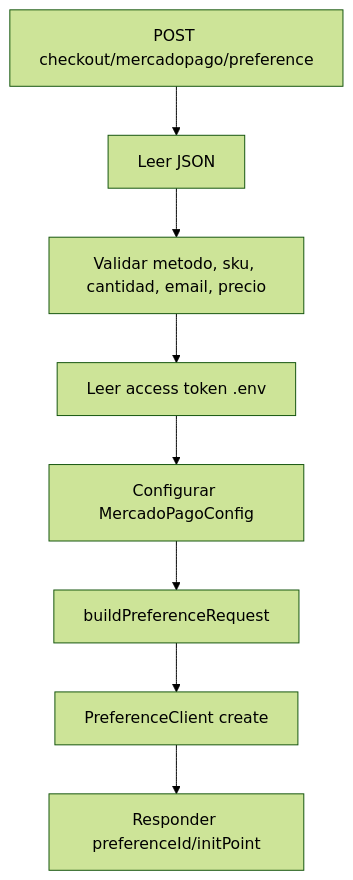
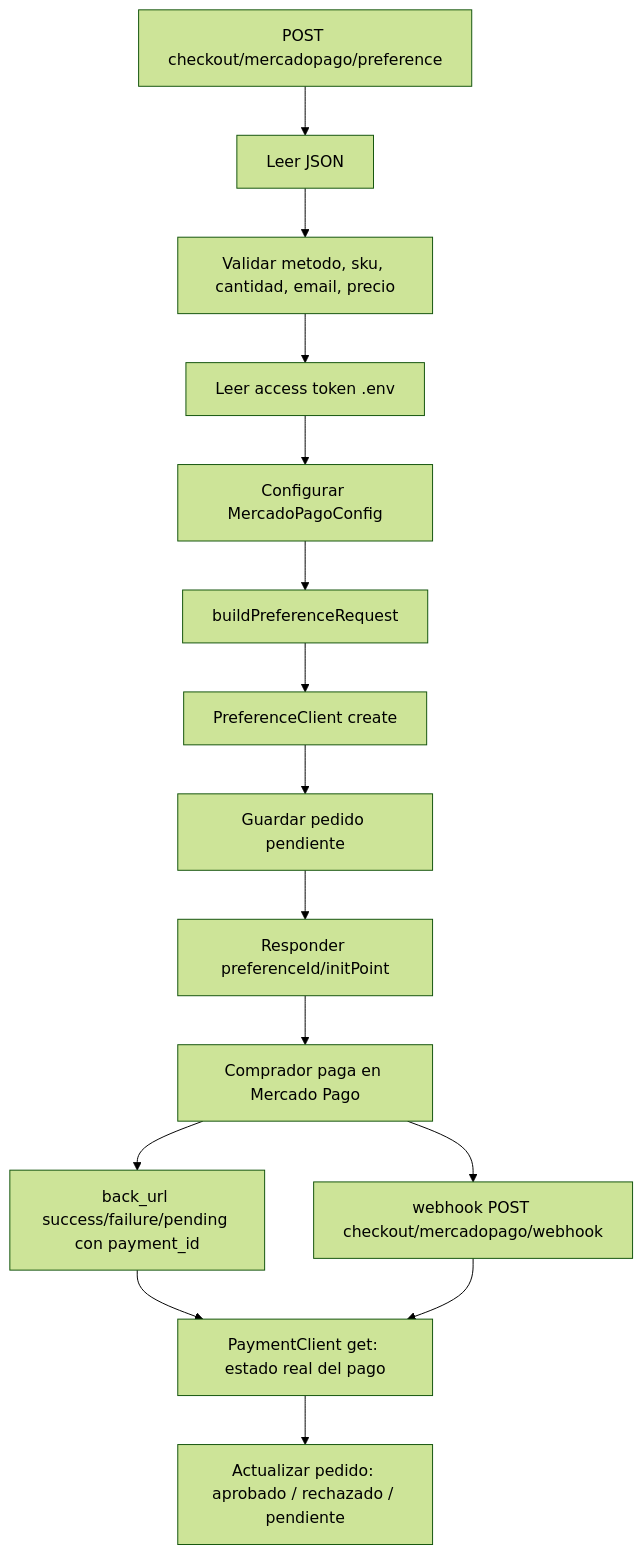
One commit to TuVieja22/AquaControl changed the ninth of 10 diagrams in BACKEND_DOCUMENTACION.md. Above: the diagram before and after it, drawn with Mermaid (forest theme). The commit also changed other lines of this file and 41 other files, not shown here.

First line of the commit message:
IoT seguro, alimentador con servo, pedidos de Mercado Pago y hora Argentina

````diff
--- a/BACKEND_DOCUMENTACION.md
+++ b/BACKEND_DOCUMENTACION.md
@@ -809,10 +988,17 @@
 ```mermaid
 flowchart TD
     A[POST checkout/mercadopago/preference] --> B[Leer JSON]
     B --> C[Validar metodo, sku, cantidad, email, precio]
     C --> D[Leer access token .env]
     D --> E[Configurar MercadoPagoConfig]
     E --> F[buildPreferenceRequest]
     F --> G[PreferenceClient create]
-    G --> H[Responder preferenceId/initPoint]
+    G --> P[Guardar pedido pendiente]
+    P --> H[Responder preferenceId/initPoint]
+    H --> I[Comprador paga en Mercado Pago]
+    I --> J[back_url success/failure/pending con payment_id]
+    I --> K[webhook POST checkout/mercadopago/webhook]
+    J --> L[PaymentClient get: estado real del pago]
+    K --> L
+    L --> M[Actualizar pedido: aprobado / rechazado / pendiente]
 ```
````
